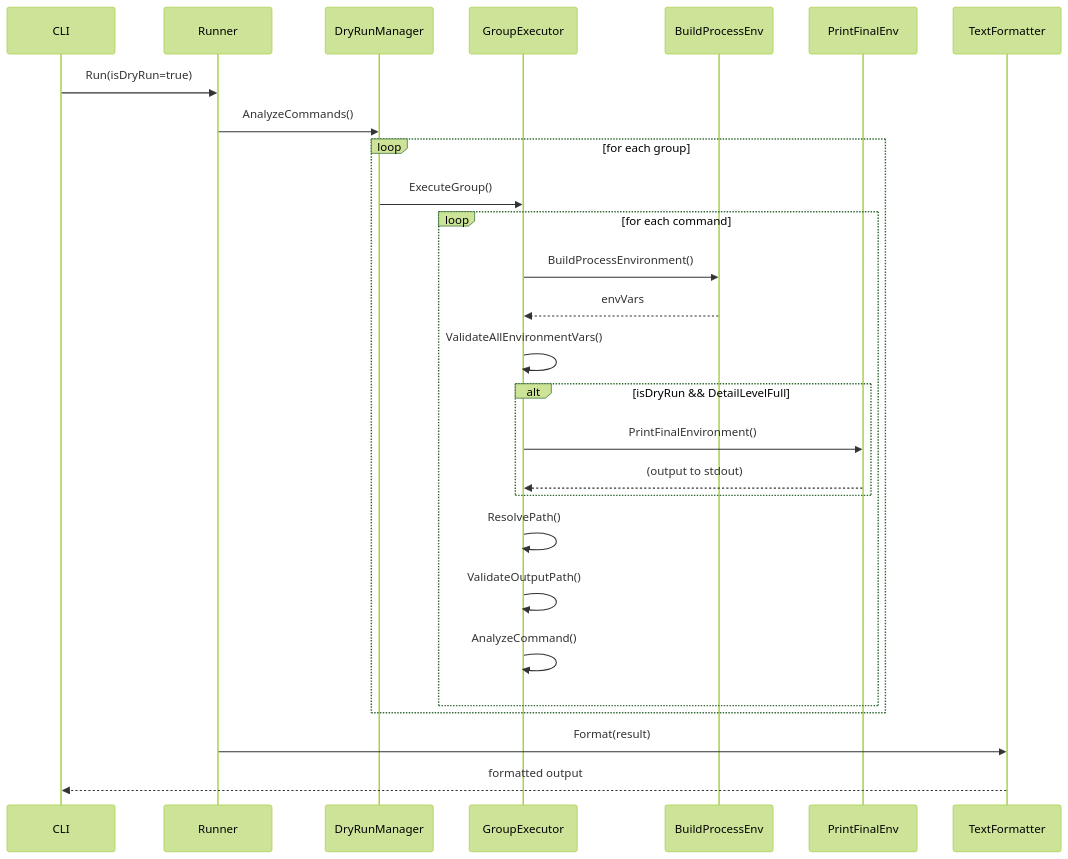
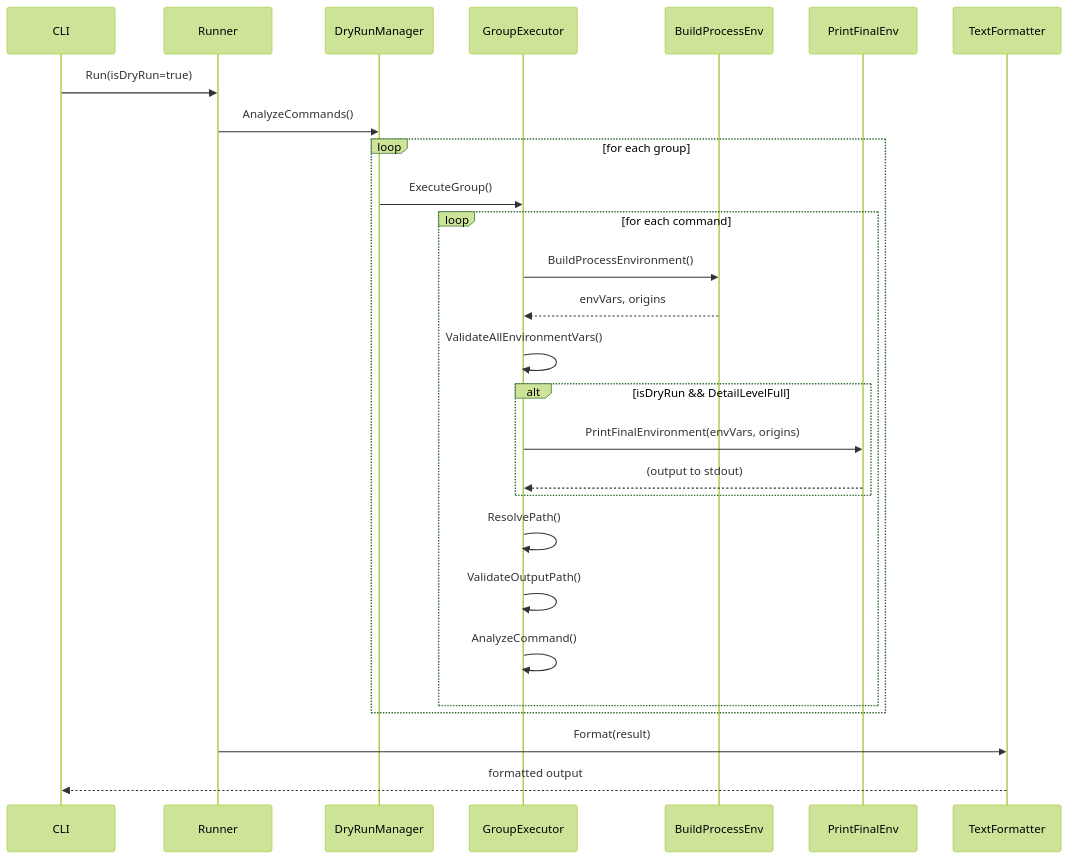
One commit to isseis/go-safe-cmd-runner changed the first of 10 diagrams in docs/tasks/0044_dryrun_final_env_display/03_detailed_specifications.md. Above: the diagram before and after it, drawn with Mermaid (forest theme). The commit also changed other lines of this file and 1 other file, not shown here.

First line of the commit message:
docs: update dry-run final environment display spec and origin tracking

````diff
--- a/docs/tasks/0044_dryrun_final_env_display/03_detailed_specifications.md
+++ b/docs/tasks/0044_dryrun_final_env_display/03_detailed_specifications.md
@@ -356,34 +519,34 @@
 ```mermaid
 sequenceDiagram
     participant CLI as CLI
     participant Runner as Runner
     participant DryRun as DryRunManager
     participant GroupExec as GroupExecutor
     participant BuildEnv as BuildProcessEnv
     participant PrintFinal as PrintFinalEnv
     participant TextForm as TextFormatter
 
     CLI->>Runner: Run(isDryRun=true)
     Runner->>DryRun: AnalyzeCommands()
 
     loop for each group
         DryRun->>GroupExec: ExecuteGroup()
         loop for each command
             GroupExec->>BuildEnv: BuildProcessEnvironment()
-            BuildEnv-->>GroupExec: envVars
+            BuildEnv-->>GroupExec: envVars, origins
             GroupExec->>GroupExec: ValidateAllEnvironmentVars()
 
             alt isDryRun && DetailLevelFull
-                GroupExec->>PrintFinal: PrintFinalEnvironment()
+                GroupExec->>PrintFinal: PrintFinalEnvironment(envVars, origins)
                 PrintFinal-->>GroupExec: (output to stdout)
             end
 
             GroupExec->>GroupExec: ResolvePath()
             GroupExec->>GroupExec: ValidateOutputPath()
             GroupExec->>GroupExec: AnalyzeCommand()
         end
     end
 
     Runner->>TextForm: Format(result)
     TextForm-->>CLI: formatted output
 ```
````
